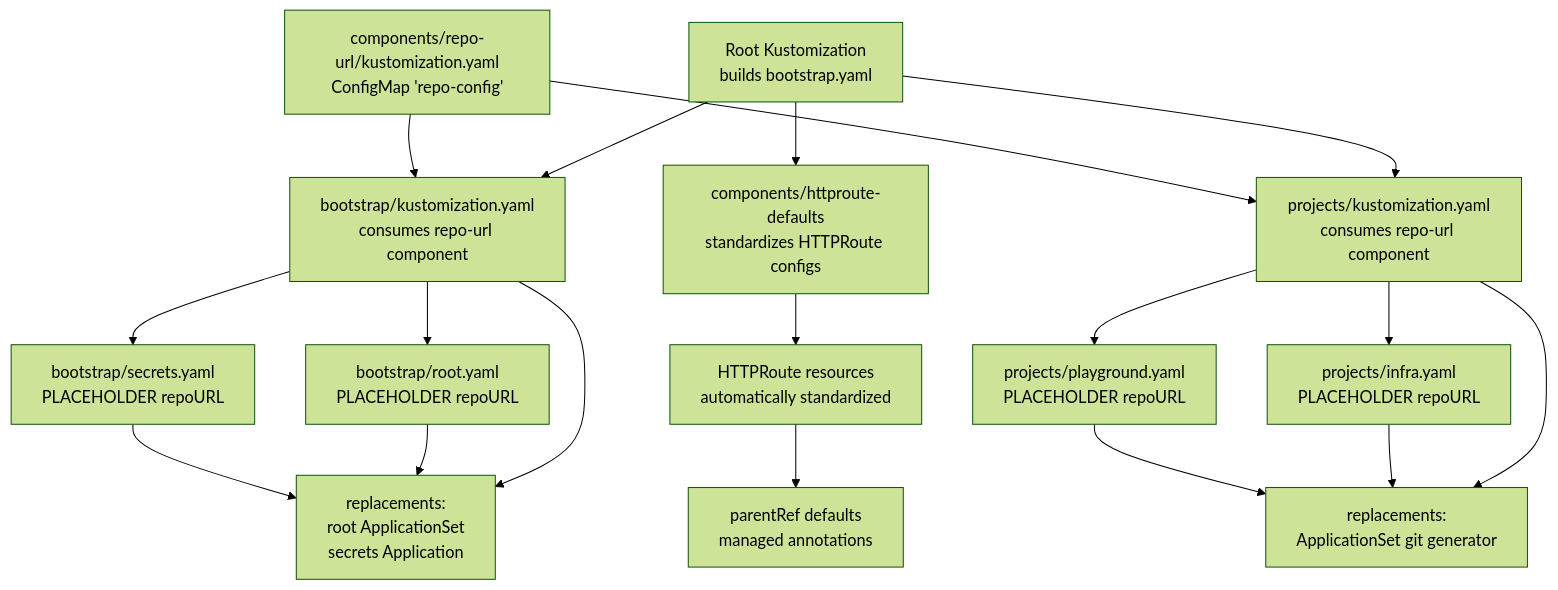
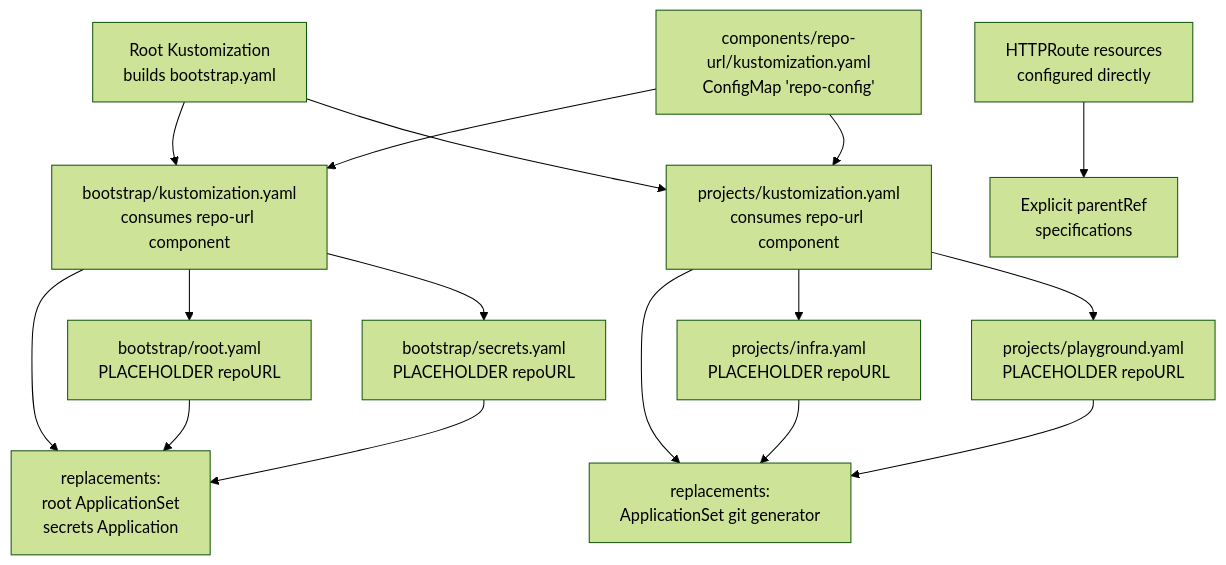
The first of 7 diagrams in .qoder/repowiki/en/content/Architecture and Design/Component-Based Design Patterns.md (Hoangvu75/k8s_manifest), drawn with Mermaid (forest theme) before and after one commit. The commit also changed other lines of this file and 15 other files, not shown here.

````diff
--- a/.qoder/repowiki/en/content/Architecture and Design/Component-Based Design Patterns.md
+++ b/.qoder/repowiki/en/content/Architecture and Design/Component-Based Design Patterns.md
@@ -50,20 +51,18 @@
 ```mermaid
 graph TB
 Root["Root Kustomization<br/>builds bootstrap.yaml"] --> BootstrapK["bootstrap/kustomization.yaml<br/>consumes repo-url component"]
 Root --> ProjectsK["projects/kustomization.yaml<br/>consumes repo-url component"]
-Root --> HTTPRouteDefaults["components/httproute-defaults<br/>standardizes HTTPRoute configs"]
 BootstrapK --> RootApp["bootstrap/root.yaml<br/>PLACEHOLDER repoURL"]
 BootstrapK --> SecretsApp["bootstrap/secrets.yaml<br/>PLACEHOLDER repoURL"]
 ProjectsK --> InfraProj["projects/infra.yaml<br/>PLACEHOLDER repoURL"]
 ProjectsK --> PlaygroundProj["projects/playground.yaml<br/>PLACEHOLDER repoURL"]
 RepoURL["components/repo-url/kustomization.yaml<br/>ConfigMap 'repo-config'"] --> BootstrapK
 RepoURL --> ProjectsK
-HTTPRouteDefaults --> HTTPRouteExamples["HTTPRoute resources<br/>automatically standardized"]
 BootstrapK --> ReplacementsB["replacements:<br/>root ApplicationSet<br/>secrets Application"]
 ProjectsK --> ReplacementsP["replacements:<br/>ApplicationSet git generator"]
-HTTPRouteExamples --> DefaultsPatch["parentRef defaults<br/>managed annotations"]
+HTTPRouteExamples["HTTPRoute resources<br/>configured directly"] --> DirectParentRef["Explicit parentRef<br/>specifications"]
 RootApp --> ReplacementsB
 SecretsApp --> ReplacementsB
 InfraProj --> ReplacementsP
 PlaygroundProj --> ReplacementsP
 ```
````
